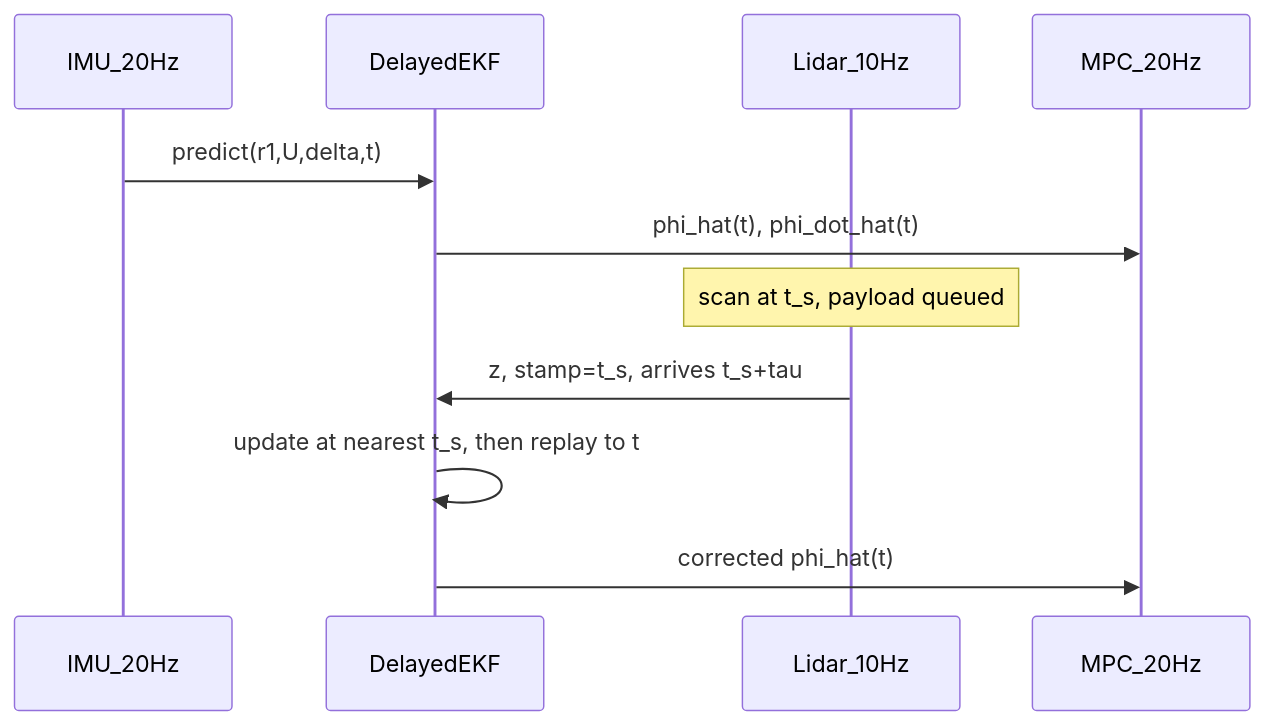
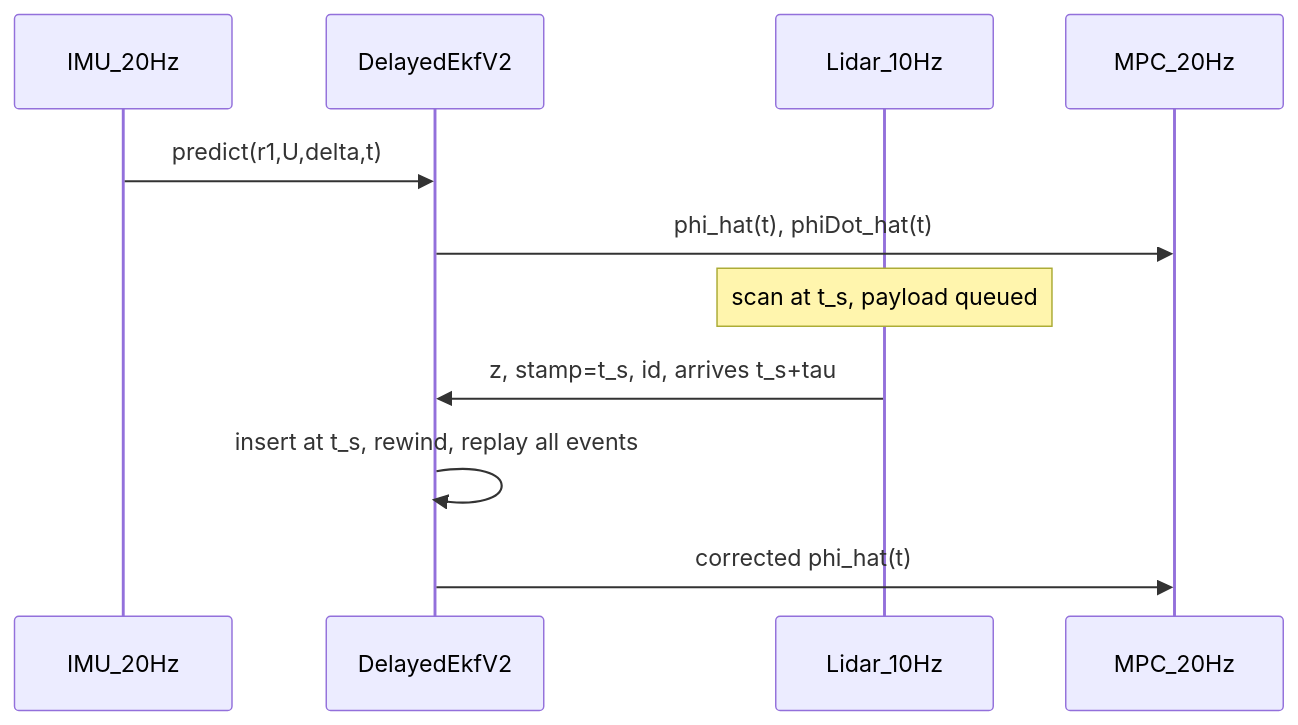
The first of 2 diagrams in docs/3_articulation_fusion_filter.md (Kea128/HW_TruckDynamic), drawn with Mermaid before and after one commit. The commit also changed other lines of this file and 23 other files, not shown here.

````diff
--- a/docs/3_articulation_fusion_filter.md
+++ b/docs/3_articulation_fusion_filter.md
@@ -175,13 +118,13 @@
 ```mermaid
 sequenceDiagram
   participant IMU as IMU_20Hz
-  participant EKF as DelayedEKF
+  participant EKF as DelayedEkfV2
   participant LID as Lidar_10Hz
   participant MPC as MPC_20Hz
   IMU->>EKF: predict(r1,U,delta,t)
-  EKF->>MPC: phi_hat(t), phi_dot_hat(t)
+  EKF->>MPC: phi_hat(t), phiDot_hat(t)
   Note over LID: scan at t_s, payload queued
-  LID->>EKF: z, stamp=t_s, arrives t_s+tau
-  EKF->>EKF: update at nearest t_s, then replay to t
+  LID->>EKF: z, stamp=t_s, id, arrives t_s+tau
+  EKF->>EKF: insert at t_s, rewind, replay all events
   EKF->>MPC: corrected phi_hat(t)
 ```
````
